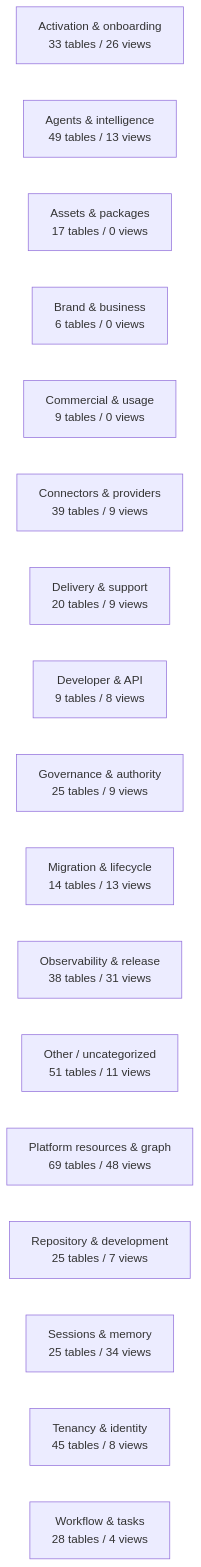
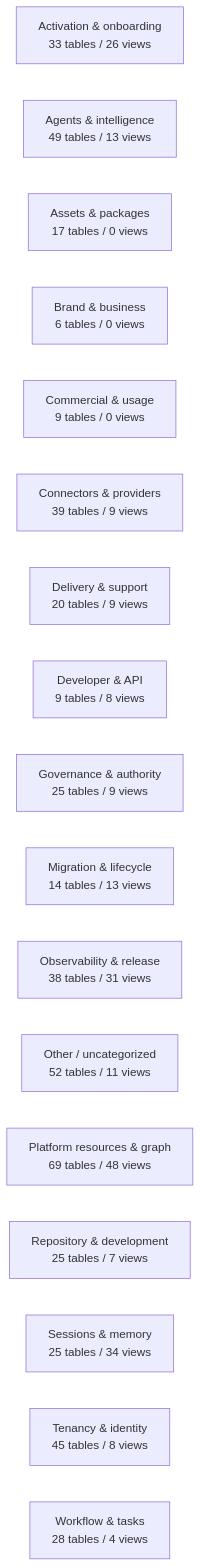
Before and after one commit to mad4bdigital-ai/multi-business-multi-role-growth-intelligence-os: the diagram in docs/work-maps/data-model-domain-map.md, drawn with Mermaid. The commit also changed other lines of this file and 4 other files, not shown here.

````diff
--- a/docs/work-maps/data-model-domain-map.md
+++ b/docs/work-maps/data-model-domain-map.md
@@ -9,20 +9,20 @@
 ```mermaid
 flowchart LR
   n_Activation___onboarding["Activation & onboarding<br/>33 tables / 26 views"]
   n_Agents___intelligence["Agents & intelligence<br/>49 tables / 13 views"]
   n_Assets___packages["Assets & packages<br/>17 tables / 0 views"]
   n_Brand___business["Brand & business<br/>6 tables / 0 views"]
   n_Commercial___usage["Commercial & usage<br/>9 tables / 0 views"]
   n_Connectors___providers["Connectors & providers<br/>39 tables / 9 views"]
   n_Delivery___support["Delivery & support<br/>20 tables / 9 views"]
   n_Developer___API["Developer & API<br/>9 tables / 8 views"]
   n_Governance___authority["Governance & authority<br/>25 tables / 9 views"]
   n_Migration___lifecycle["Migration & lifecycle<br/>14 tables / 13 views"]
   n_Observability___release["Observability & release<br/>38 tables / 31 views"]
-  n_Other___uncategorized["Other / uncategorized<br/>51 tables / 11 views"]
+  n_Other___uncategorized["Other / uncategorized<br/>52 tables / 11 views"]
   n_Platform_resources___graph["Platform resources & graph<br/>69 tables / 48 views"]
   n_Repository___development["Repository & development<br/>25 tables / 7 views"]
   n_Sessions___memory["Sessions & memory<br/>25 tables / 34 views"]
   n_Tenancy___identity["Tenancy & identity<br/>45 tables / 8 views"]
   n_Workflow___tasks["Workflow & tasks<br/>28 tables / 4 views"]
 ```
````
